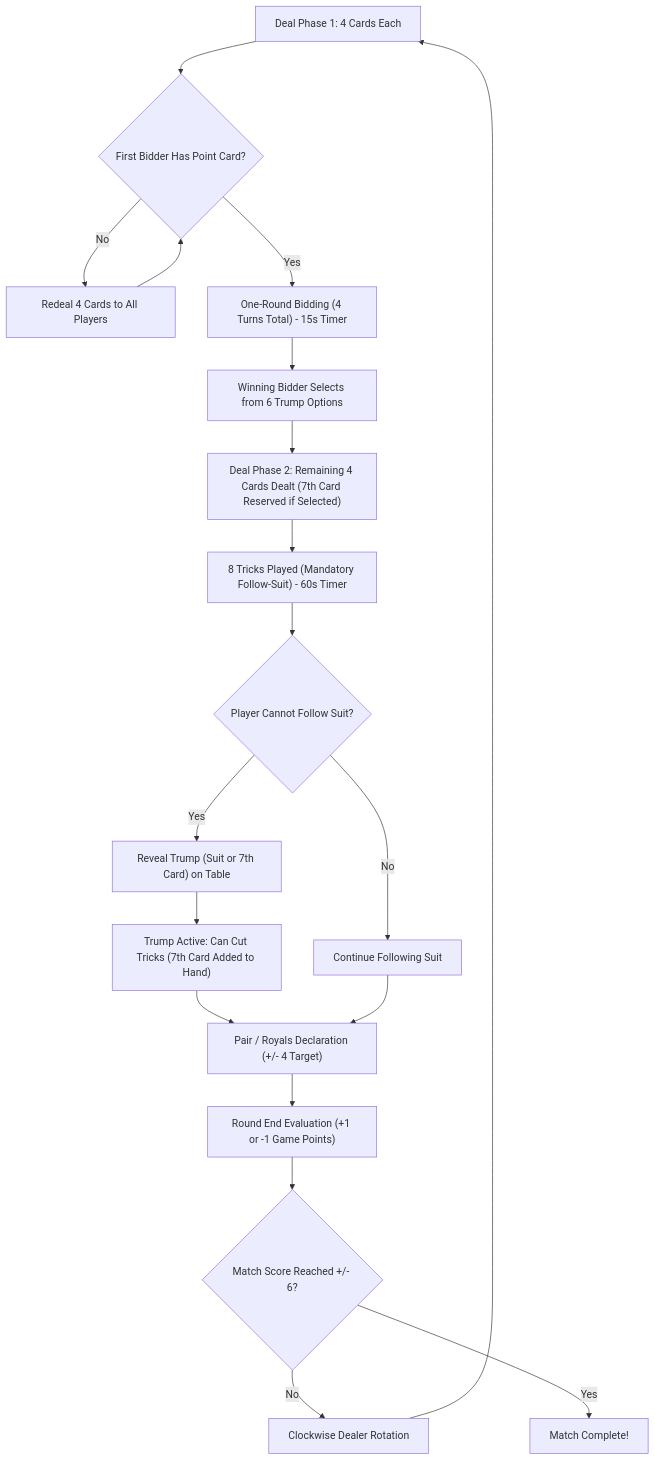
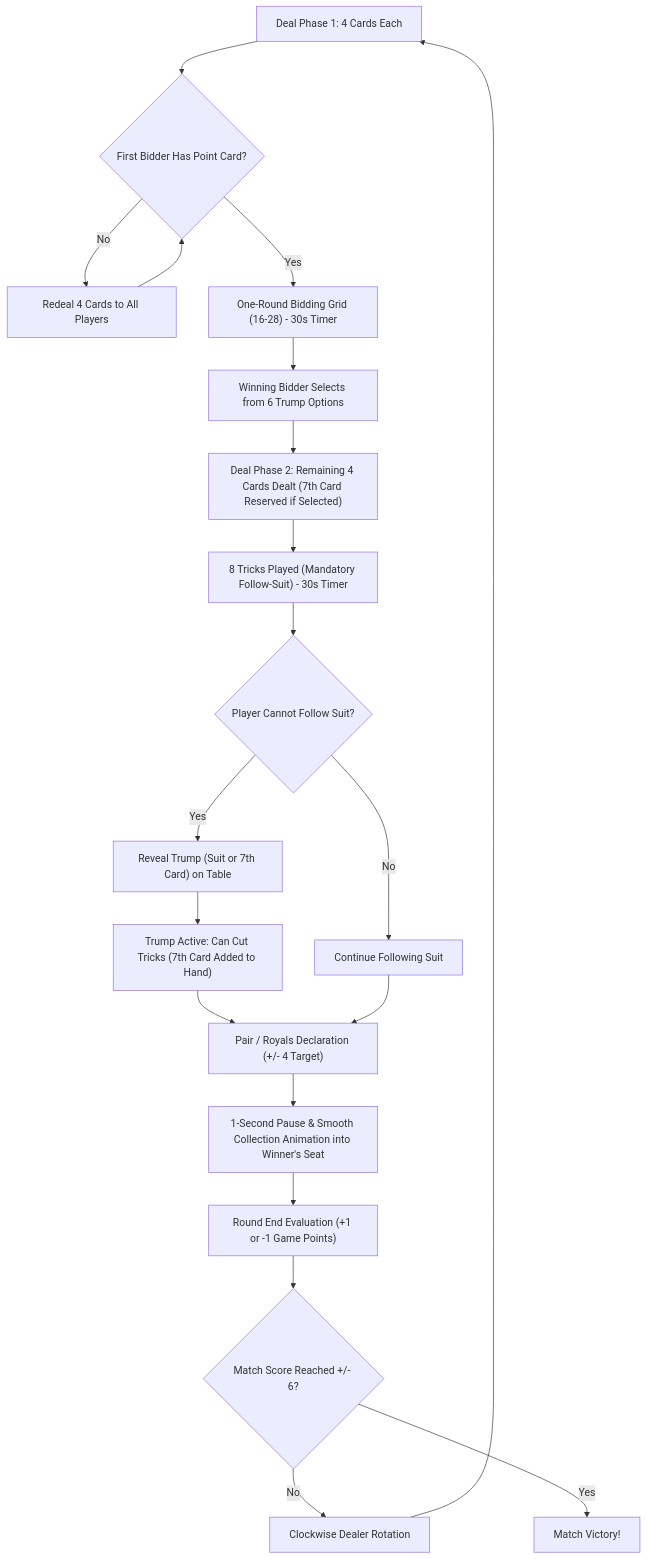
The diagram in README.md (K-692/The-29-Game), drawn with Mermaid before and after one commit. The commit also changed other lines of this file and 19 other files, not shown here.

Commit message:
Improve full-screen table UI, 30-second turns and minimal scoreboard

````diff
--- a/README.md
+++ b/README.md
@@ -120,21 +125,22 @@
 ```mermaid
 flowchart TD
     A["Deal Phase 1: 4 Cards Each"] --> B{"First Bidder Has Point Card?"}
     B -- "No" --> C["Redeal 4 Cards to All Players"]
     C --> B
-    B -- "Yes" --> D["One-Round Bidding (4 Turns Total) - 15s Timer"]
+    B -- "Yes" --> D["One-Round Bidding Grid (16-28) - 30s Timer"]
     D --> E["Winning Bidder Selects from 6 Trump Options"]
     E --> F["Deal Phase 2: Remaining 4 Cards Dealt (7th Card Reserved if Selected)"]
-    F --> G["8 Tricks Played (Mandatory Follow-Suit) - 60s Timer"]
+    F --> G["8 Tricks Played (Mandatory Follow-Suit) - 30s Timer"]
     G --> H{"Player Cannot Follow Suit?"}
     H -- "Yes" --> I["Reveal Trump (Suit or 7th Card) on Table"]
     I --> J["Trump Active: Can Cut Tricks (7th Card Added to Hand)"]
     H -- "No" --> K["Continue Following Suit"]
     J --> L["Pair / Royals Declaration (+/- 4 Target)"]
     K --> L
-    L --> M["Round End Evaluation (+1 or -1 Game Points)"]
-    M --> N{"Match Score Reached +/- 6?"}
-    N -- "No" --> O["Clockwise Dealer Rotation"]
-    O --> A
-    N -- "Yes" --> P["Match Complete!"]
+    L --> M["1-Second Pause & Smooth Collection Animation into Winner's Seat"]
+    M --> N["Round End Evaluation (+1 or -1 Game Points)"]
+    N --> O{"Match Score Reached +/- 6?"}
+    O -- "No" --> P["Clockwise Dealer Rotation"]
+    P --> A
+    O -- "Yes" --> Q["Match Victory!"]
 ```
````
